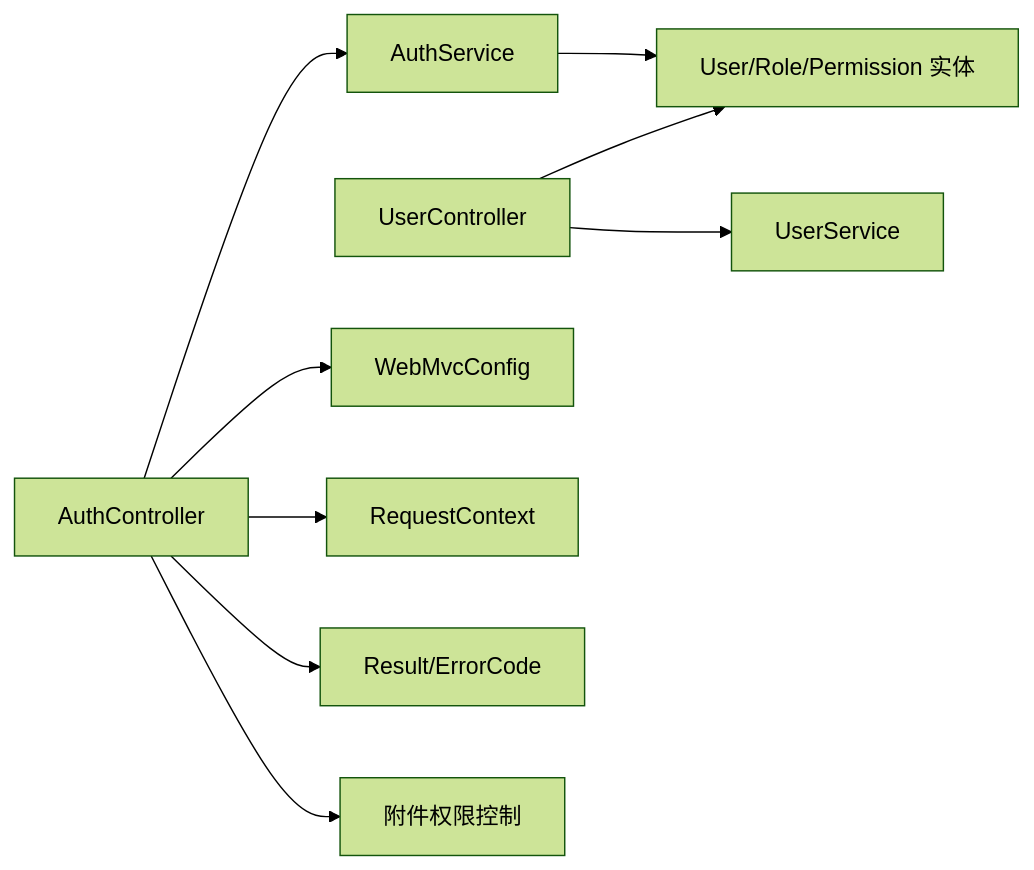
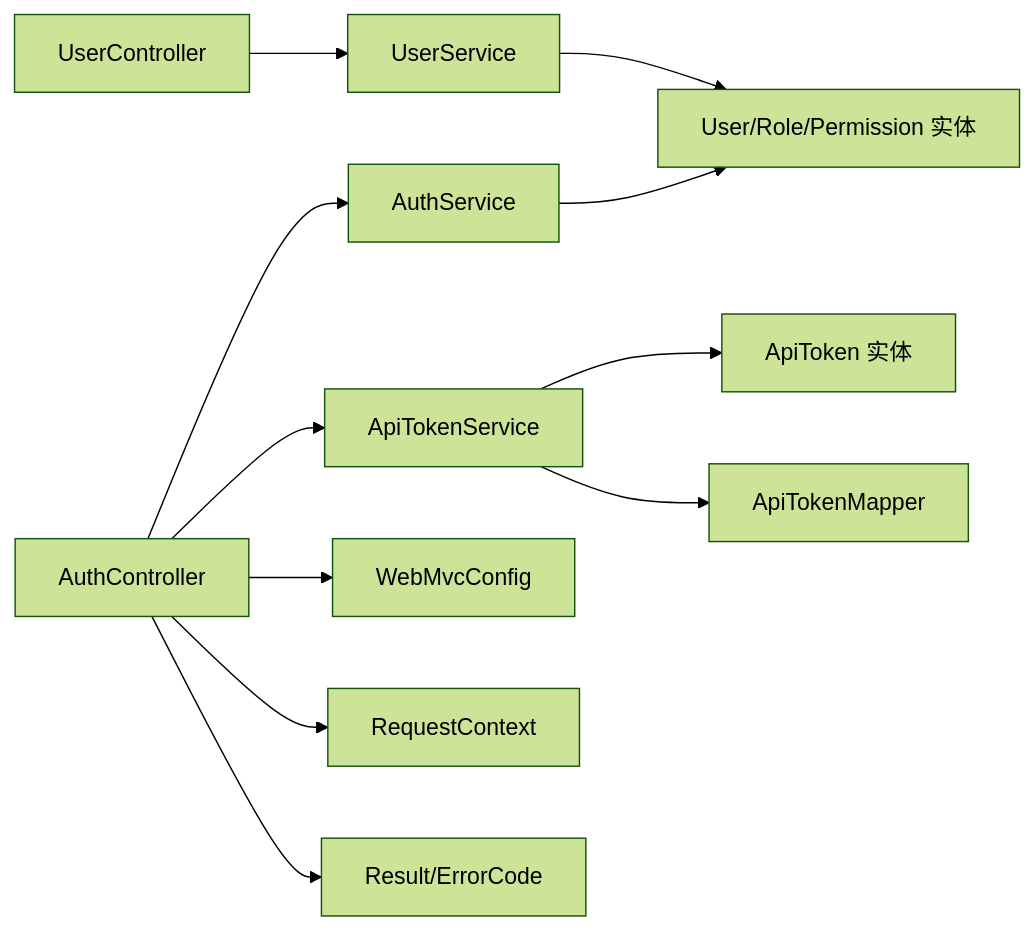
Before and after one commit to liming-lihaini/workflow: diagram 14 of 14 in .qoder/repowiki/zh/content/API接口文档/用户认证API.md, drawn with Mermaid (forest theme). The commit also changed other lines of this file and 45 other files, not shown here.

````diff
--- a/.qoder/repowiki/zh/content/API接口文档/用户认证API.md
+++ b/.qoder/repowiki/zh/content/API接口文档/用户认证API.md
@@ -496,11 +598,13 @@
 ```mermaid
 graph LR
 AC["AuthController"] --> AS["AuthService"]
+AC --> ATS["ApiTokenService"]
 UC["UserController"] --> US["UserService"]
 AS --> ENT["User/Role/Permission 实体"]
-UC --> ENT
+US --> ENT
+ATS --> AT["ApiToken 实体"]
+ATS --> ATM["ApiTokenMapper"]
 AC --> CFG["WebMvcConfig"]
 AC --> CTX["RequestContext"]
 AC --> RESP["Result/ErrorCode"]
-AC --> ATT["附件权限控制"]
 ```
````
